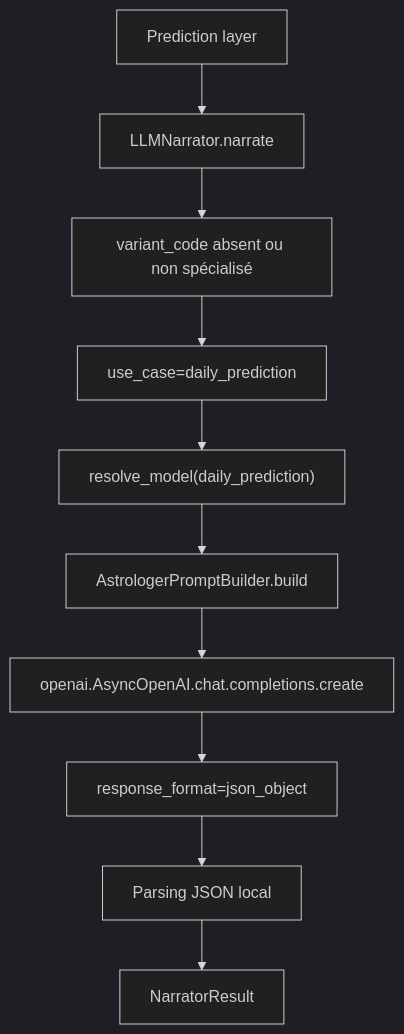
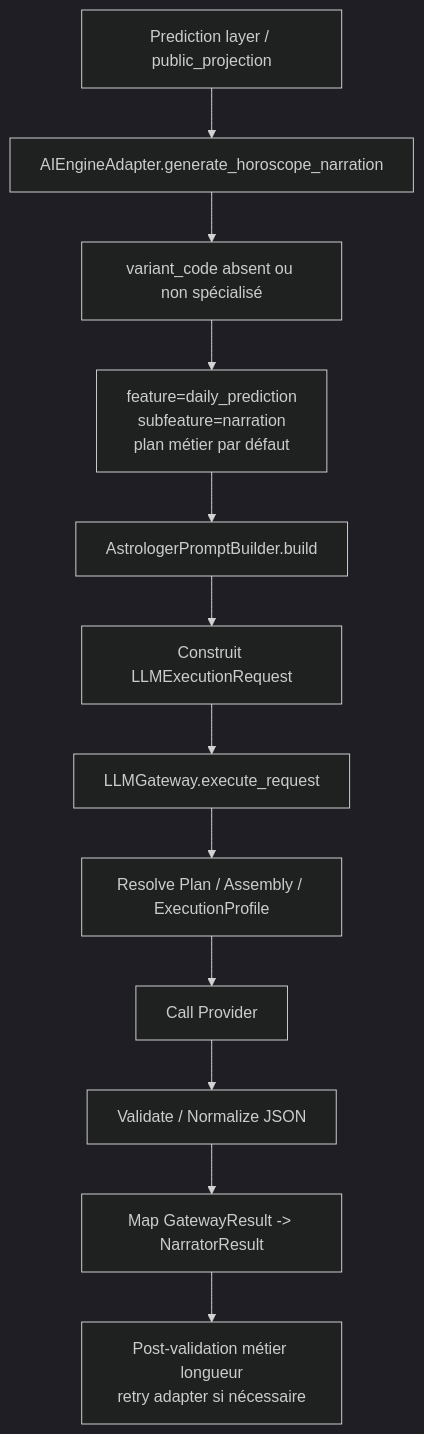
The sixth of 7 diagrams in docs/llm-prompt-generation-by-feature.md (daconrilcy/horoscope_front), drawn with Mermaid (dark theme) before and after one commit. The commit also changed other lines of this file, not shown here.

Commit message:
update llm prompt generation documentation

````diff
--- a/docs/llm-prompt-generation-by-feature.md
+++ b/docs/llm-prompt-generation-by-feature.md
@@ -219,12 +220,14 @@
 ```mermaid
 flowchart TD
-    A["Prediction layer"] --> B["LLMNarrator.narrate"]
+    A["Prediction layer / public_projection"] --> B["AIEngineAdapter.generate_horoscope_narration"]
     B --> C["variant_code absent ou non spécialisé"]
-    C --> D["use_case=daily_prediction"]
-    D --> E["resolve_model(daily_prediction)"]
-    E --> F["AstrologerPromptBuilder.build"]
-    F --> G["openai.AsyncOpenAI.chat.completions.create"]
-    G --> H["response_format=json_object"]
-    H --> I["Parsing JSON local"]
-    I --> J["NarratorResult"]
+    C --> D["feature=daily_prediction<br/>subfeature=narration<br/>plan métier par défaut"]
+    D --> E["AstrologerPromptBuilder.build"]
+    E --> F["Construit LLMExecutionRequest"]
+    F --> G["LLMGateway.execute_request"]
+    G --> H["Resolve Plan / Assembly / ExecutionProfile"]
+    H --> I["Call Provider"]
+    I --> J["Validate / Normalize JSON"]
+    J --> K["Map GatewayResult -> NarratorResult"]
+    K --> L["Post-validation métier longueur<br/>retry adapter si nécessaire"]
 ```
````
